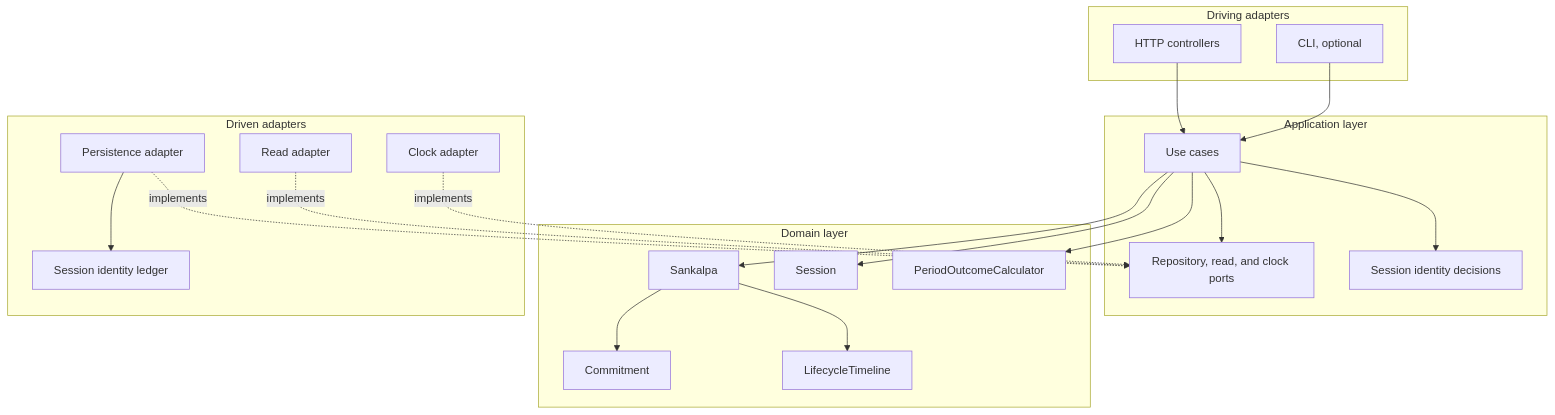
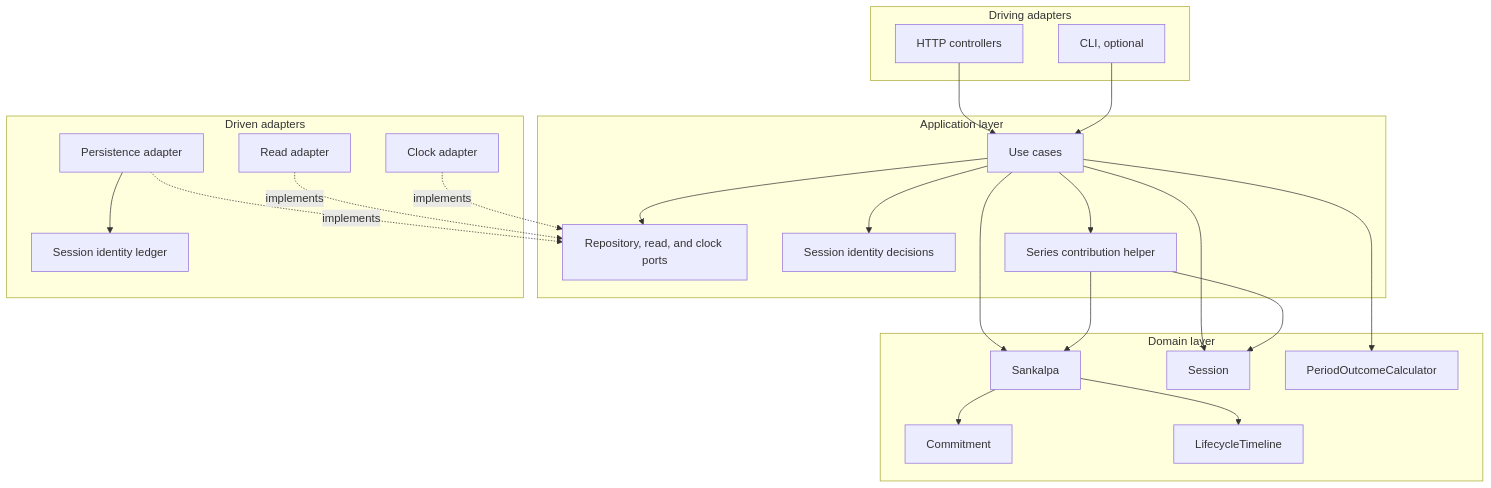
The diagram in docs/architecture/ddd/README.md (pswani/sankalpa), drawn with Mermaid before and after one commit. The commit also changed other lines of this file and 97 other files, not shown here.

````diff
--- a/docs/architecture/ddd/README.md
+++ b/docs/architecture/ddd/README.md
@@ -34,42 +38,46 @@
 ```mermaid
 flowchart TB
   subgraph DRIVING["Driving adapters"]
     HTTP[HTTP controllers]
     CLI[CLI, optional]
   end
 
   subgraph APP["Application layer"]
     UC[Use cases]
     PORTS[Repository, read, and clock ports]
     REL[Session identity decisions]
+    SHARE[Series contribution helper]
   end
 
   subgraph DOM["Domain layer"]
     S[Sankalpa]
     SE[Session]
     C[Commitment]
     L[LifecycleTimeline]
     O[PeriodOutcomeCalculator]
   end
 
   subgraph DRIVEN["Driven adapters"]
     DB[Persistence adapter]
     LEDGER[Session identity ledger]
     READ[Read adapter]
     CLOCK[Clock adapter]
   end
 
   HTTP --> UC
   CLI --> UC
   UC --> S
   UC --> SE
   UC --> O
   UC --> REL
+  UC --> SHARE
+  SHARE --> S
+  SHARE --> SE
   S --> C
   S --> L
   UC --> PORTS
   DB -.implements.-> PORTS
   DB --> LEDGER
   READ -.implements.-> PORTS
   CLOCK -.implements.-> PORTS
 ```
````
